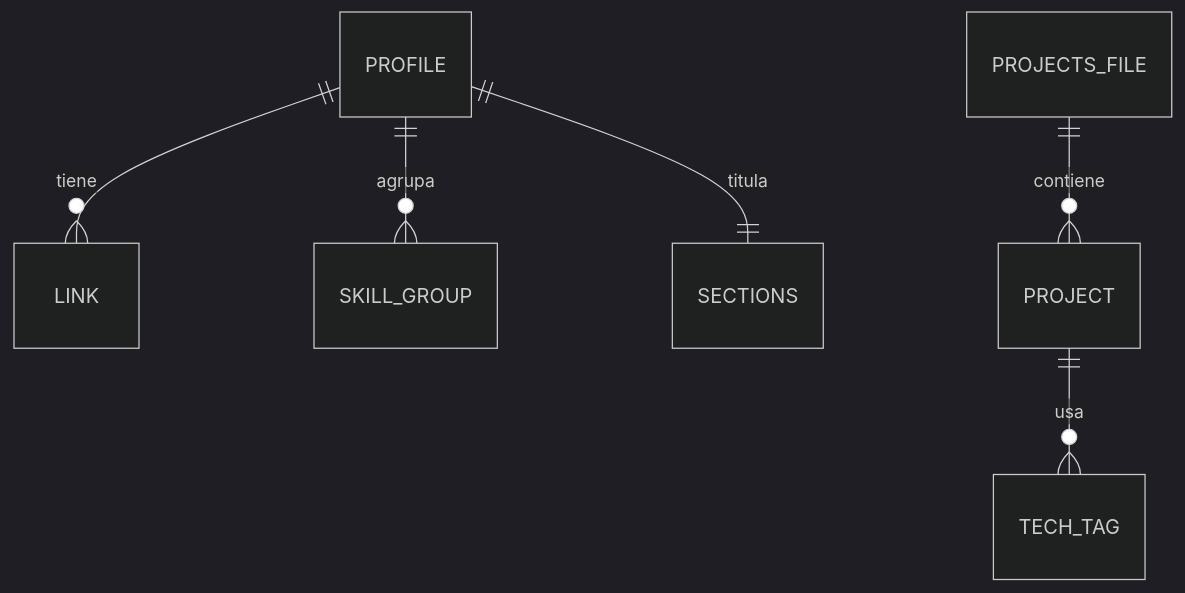
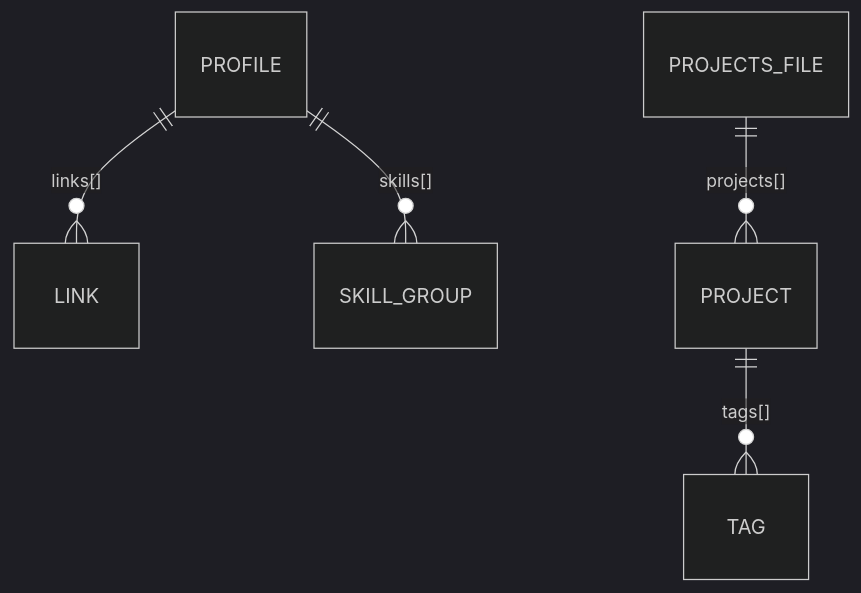
Before and after one commit to David-Peralta-Rd/Portfolio_DavidPeralta: the diagram in docs/DATA_MODEL.md, drawn with Mermaid (dark theme). The commit also changed other lines of this file and 21 other files, not shown here.

````diff
--- a/docs/DATA_MODEL.md
+++ b/docs/DATA_MODEL.md
@@ -7,8 +7,7 @@
 ```mermaid
 erDiagram
-    PROFILE ||--o{ LINK : tiene
-    PROFILE ||--o{ SKILL_GROUP : agrupa
-    PROFILE ||--|| SECTIONS : titula
-    PROJECTS_FILE ||--o{ PROJECT : contiene
-    PROJECT ||--o{ TECH_TAG : usa
+  PROFILE ||--o{ LINK : "links[]"
+  PROFILE ||--o{ SKILL_GROUP : "skills[]"
+  PROJECTS_FILE ||--o{ PROJECT : "projects[]"
+  PROJECT ||--o{ TAG : "tags[]"
 ```
````
